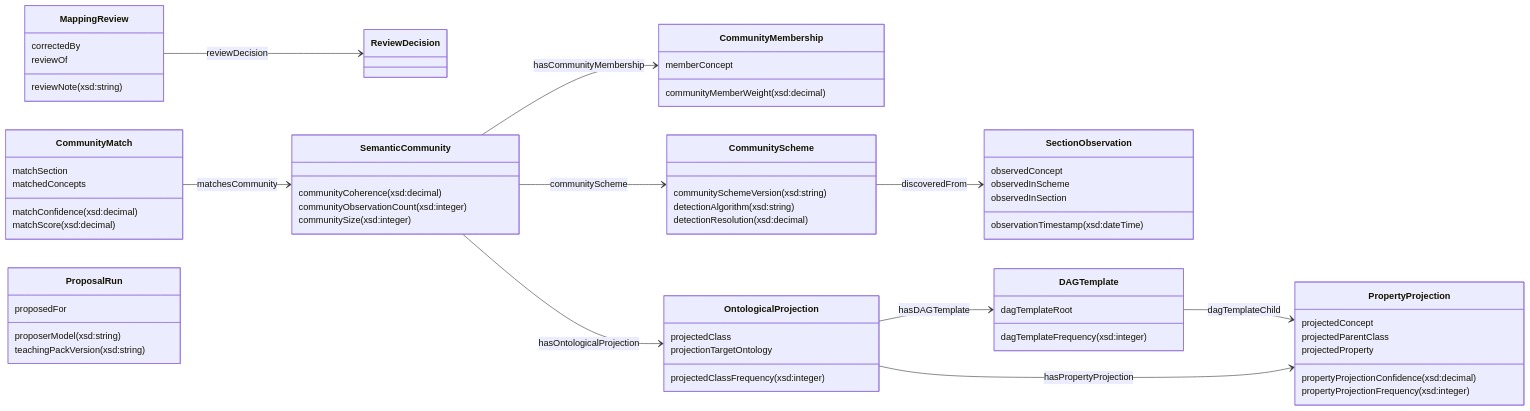
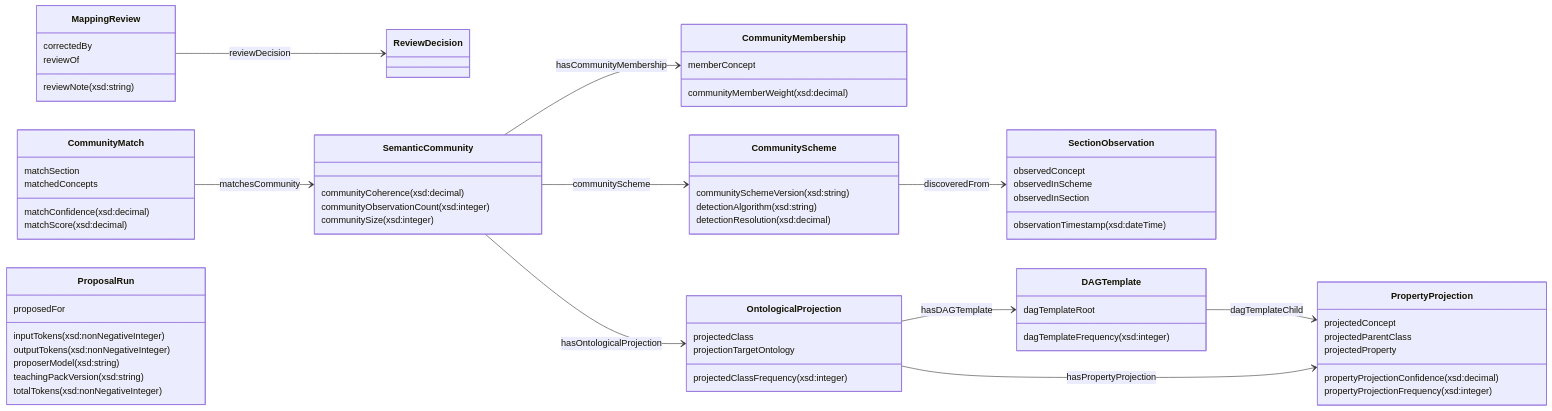
Before and after one commit to nebularis/lattice: diagram 14 of 14 in ontology/mork/README.md, drawn with Mermaid. The commit also changed other lines of this file and 10 other files, not shown here.

````diff
--- a/ontology/mork/README.md
+++ b/ontology/mork/README.md
@@ -951,66 +953,69 @@
 ```mermaid
 classDiagram
     direction LR
     class CommunityMatch {
         matchConfidence (xsd:decimal)
         matchScore (xsd:decimal)
         matchSection
         matchedConcepts
     }
     class CommunityMembership {
         communityMemberWeight (xsd:decimal)
         memberConcept
     }
     class CommunityScheme {
         communitySchemeVersion (xsd:string)
         detectionAlgorithm (xsd:string)
         detectionResolution (xsd:decimal)
     }
     class DAGTemplate {
         dagTemplateFrequency (xsd:integer)
         dagTemplateRoot
     }
     class MappingReview {
         correctedBy
         reviewNote (xsd:string)
         reviewOf
     }
     class OntologicalProjection {
         projectedClass
         projectedClassFrequency (xsd:integer)
         projectionTargetOntology
     }
     class PropertyProjection {
         projectedConcept
         projectedParentClass
         projectedProperty
         propertyProjectionConfidence (xsd:decimal)
         propertyProjectionFrequency (xsd:integer)
     }
     class ProposalRun {
+        inputTokens (xsd:nonNegativeInteger)
+        outputTokens (xsd:nonNegativeInteger)
         proposedFor
         proposerModel (xsd:string)
         teachingPackVersion (xsd:string)
+        totalTokens (xsd:nonNegativeInteger)
     }
     class ReviewDecision
     class SectionObservation {
         observationTimestamp (xsd:dateTime)
         observedConcept
         observedInScheme
         observedInSection
     }
     class SemanticCommunity {
         communityCoherence (xsd:decimal)
         communityObservationCount (xsd:integer)
         communitySize (xsd:integer)
     }
     CommunityMatch --> SemanticCommunity : matchesCommunity
     CommunityScheme --> SectionObservation : discoveredFrom
     DAGTemplate --> PropertyProjection : dagTemplateChild
     MappingReview --> ReviewDecision : reviewDecision
     OntologicalProjection --> DAGTemplate : hasDAGTemplate
     OntologicalProjection --> PropertyProjection : hasPropertyProjection
     SemanticCommunity --> CommunityMembership : hasCommunityMembership
     SemanticCommunity --> CommunityScheme : communityScheme
     SemanticCommunity --> OntologicalProjection : hasOntologicalProjection
 ```
````
